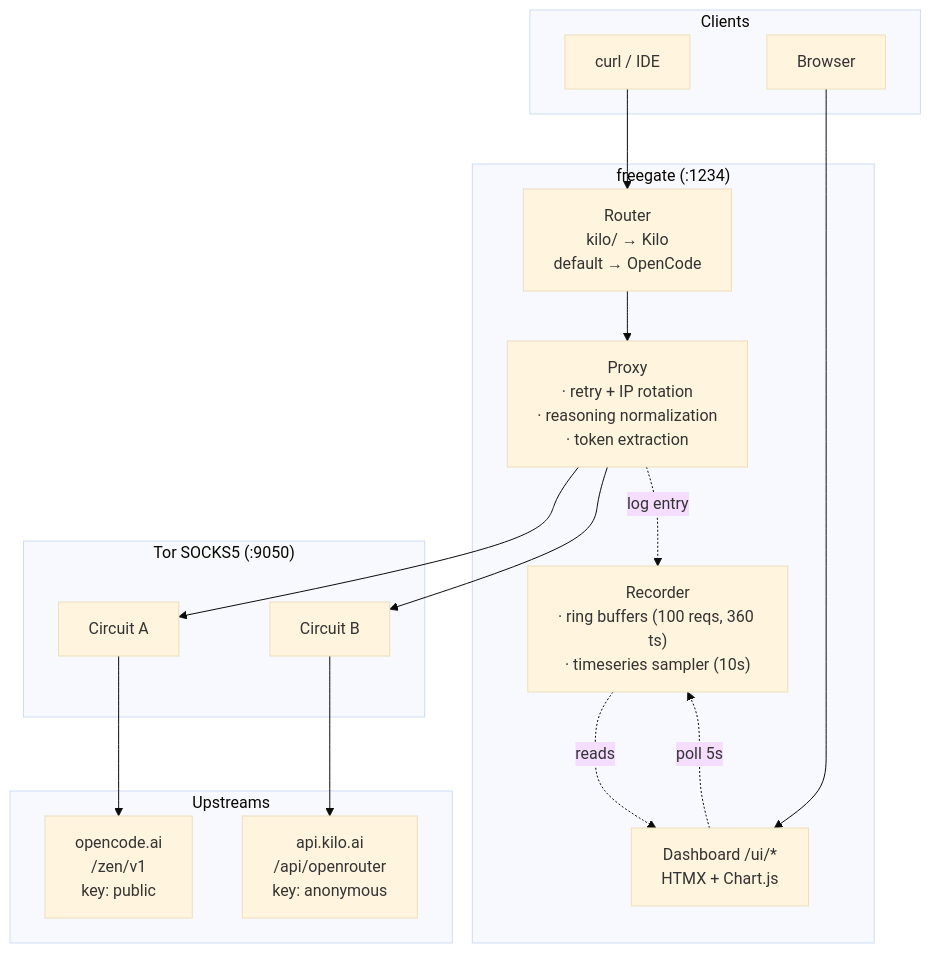
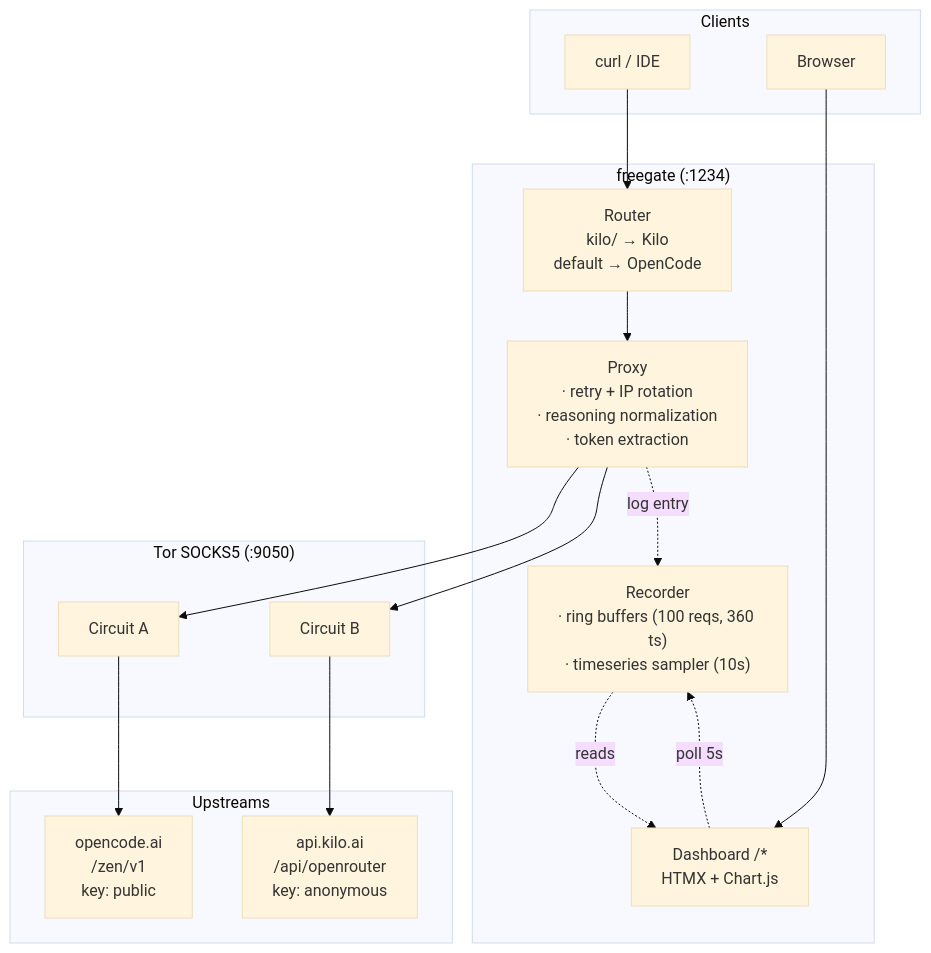
Before and after one commit to nofendian17/freegate: the diagram in README.md, drawn with Mermaid (base theme). The commit also changed other lines of this file and 4 other files, not shown here.

````diff
--- a/README.md
+++ b/README.md
@@ -150,35 +150,35 @@
 ```mermaid
 flowchart TB
     subgraph Clients["Clients"]
         CLI["curl / IDE"]
         Browser["Browser"]
     end
 
     subgraph Freegate["freegate (:1234)"]
         Router["Router<br/>kilo/ → Kilo<br/>default → OpenCode"]
         Proxy["Proxy<br/>· retry + IP rotation<br/>· reasoning normalization<br/>· token extraction"]
-        Dashboard["Dashboard /ui/*<br/>HTMX + Chart.js"]
+        Dashboard["Dashboard /*<br/>HTMX + Chart.js"]
         Recorder["Recorder<br/>· ring buffers (100 reqs, 360 ts)<br/>· timeseries sampler (10s)"]
     end
 
     subgraph Tor["Tor SOCKS5 (:9050)"]
         Tor1["Circuit A"]
         Tor2["Circuit B"]
     end
 
     subgraph Upstreams["Upstreams"]
         OC["opencode.ai<br/>/zen/v1<br/>key: public"]
         Kilo["api.kilo.ai<br/>/api/openrouter<br/>key: anonymous"]
     end
 
     CLI --> Router
     Router --> Proxy
     Proxy --> Tor1
     Proxy --> Tor2
     Tor1 --> OC
     Tor2 --> Kilo
     Proxy -.->|"log entry"| Recorder
     Recorder -.->|"reads"| Dashboard
     Browser --> Dashboard
     Dashboard -.->|"poll 5s"| Recorder
 ```
````
